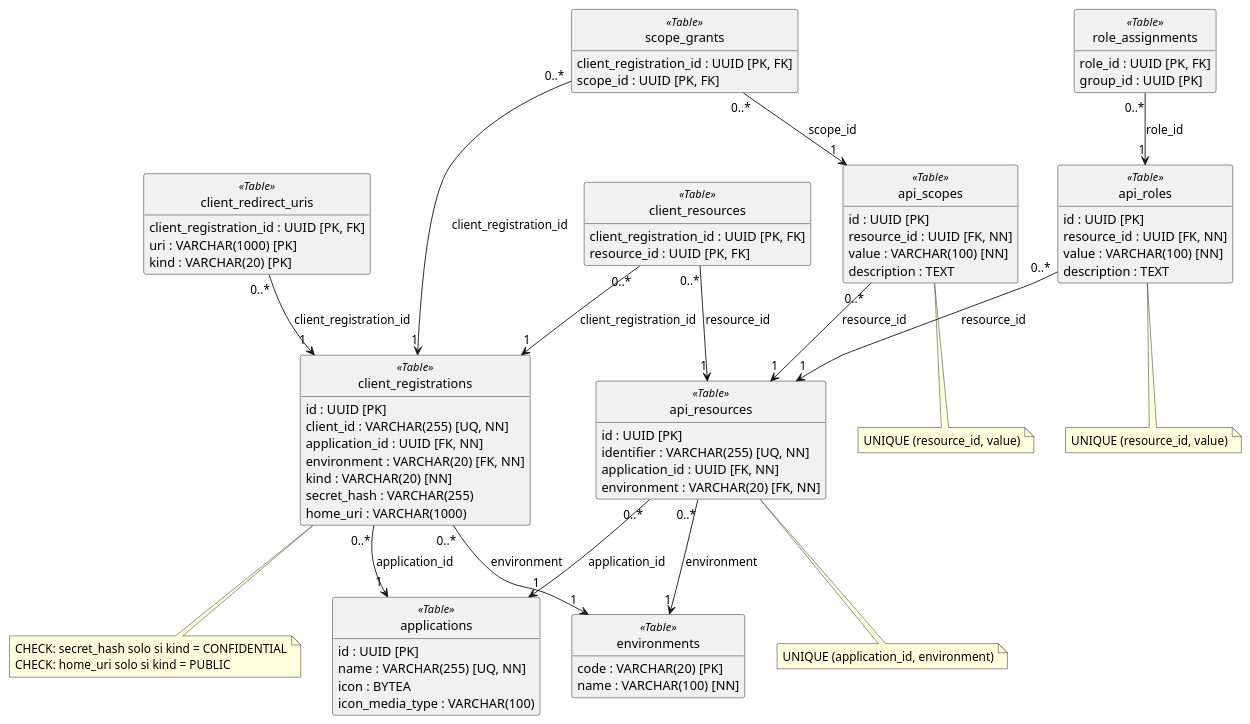
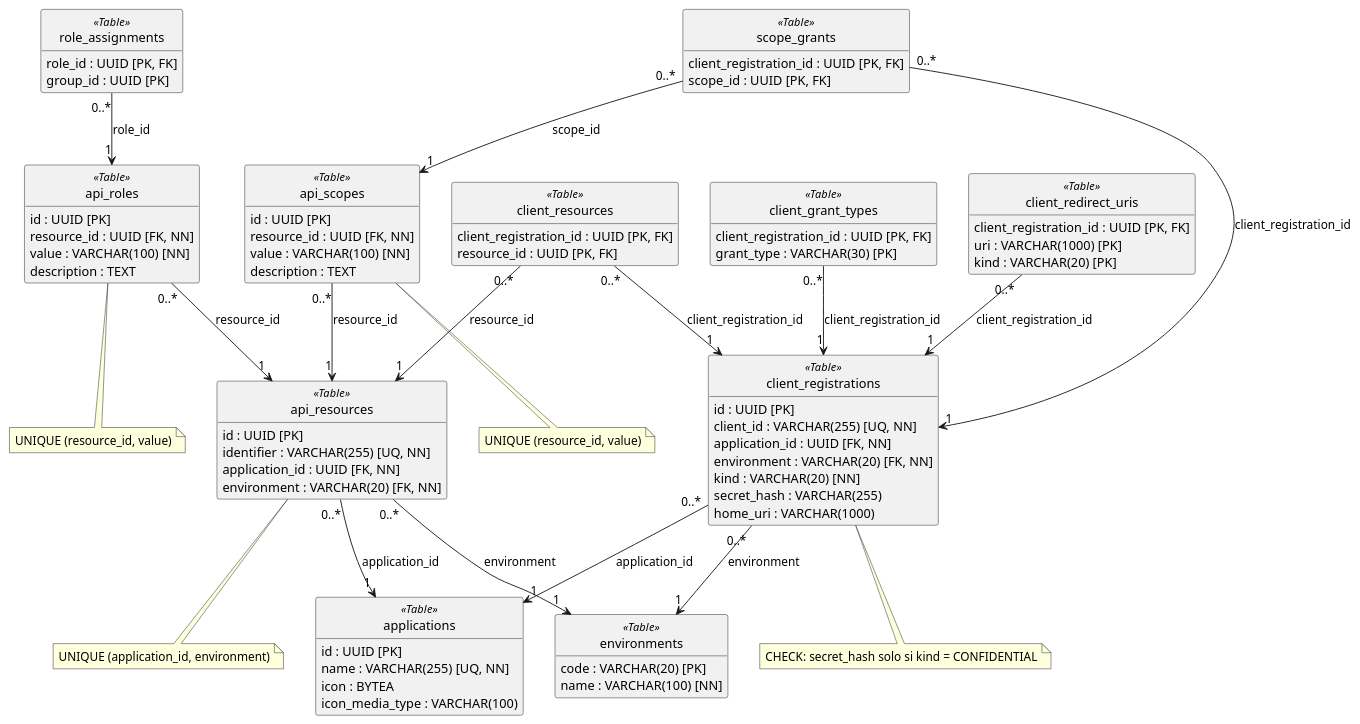
One commit to Soulware-Emergentes/report changed the diagram in diagrams/identityprovider/database.puml. Above: the diagram before and after it, drawn with PlantUML. The commit also changed 2 other files, not shown here.

Commit message:
docs(diagrams): add client grant types and home uri to the identity provider model

```diff
--- a/diagrams/identityprovider/database.puml
+++ b/diagrams/identityprovider/database.puml
@@ -1,99 +1,104 @@
 @startuml identityprovider-database
 skinparam classAttributeIconSize 0
 hide circle
 hide empty methods
 
 class applications <<Table>> {
     {field} id : UUID [PK]
     {field} name : VARCHAR(255) [UQ, NN]
     {field} icon : BYTEA
     {field} icon_media_type : VARCHAR(100)
 }
 
 class environments <<Table>> {
     {field} code : VARCHAR(20) [PK]
     {field} name : VARCHAR(100) [NN]
 }
 
 class api_resources <<Table>> {
     {field} id : UUID [PK]
     {field} identifier : VARCHAR(255) [UQ, NN]
     {field} application_id : UUID [FK, NN]
     {field} environment : VARCHAR(20) [FK, NN]
 }
 
 class api_roles <<Table>> {
     {field} id : UUID [PK]
     {field} resource_id : UUID [FK, NN]
     {field} value : VARCHAR(100) [NN]
     {field} description : TEXT
 }
 
 class api_scopes <<Table>> {
     {field} id : UUID [PK]
     {field} resource_id : UUID [FK, NN]
     {field} value : VARCHAR(100) [NN]
     {field} description : TEXT
 }
 
 class client_registrations <<Table>> {
     {field} id : UUID [PK]
     {field} client_id : VARCHAR(255) [UQ, NN]
     {field} application_id : UUID [FK, NN]
     {field} environment : VARCHAR(20) [FK, NN]
     {field} kind : VARCHAR(20) [NN]
     {field} secret_hash : VARCHAR(255)
     {field} home_uri : VARCHAR(1000)
 }
 
+class client_grant_types <<Table>> {
+    {field} client_registration_id : UUID [PK, FK]
+    {field} grant_type : VARCHAR(30) [PK]
+}
+
 class client_redirect_uris <<Table>> {
     {field} client_registration_id : UUID [PK, FK]
     {field} uri : VARCHAR(1000) [PK]
     {field} kind : VARCHAR(20) [PK]
 }
 
 class client_resources <<Table>> {
     {field} client_registration_id : UUID [PK, FK]
     {field} resource_id : UUID [PK, FK]
 }
 
 class role_assignments <<Table>> {
     {field} role_id : UUID [PK, FK]
     {field} group_id : UUID [PK]
 }
 
 class scope_grants <<Table>> {
     {field} client_registration_id : UUID [PK, FK]
     {field} scope_id : UUID [PK, FK]
 }
 
 note bottom of api_resources
     UNIQUE (application_id, environment)
 end note
 
 note bottom of client_registrations
     CHECK: secret_hash solo si kind = CONFIDENTIAL
-    CHECK: home_uri solo si kind = PUBLIC
 end note
 
 note bottom of api_roles
     UNIQUE (resource_id, value)
 end note
 
 note bottom of api_scopes
     UNIQUE (resource_id, value)
 end note
 
 api_resources "0..*" --> "1" applications : application_id
 api_resources "0..*" --> "1" environments : environment
 client_registrations "0..*" --> "1" applications : application_id
 client_registrations "0..*" --> "1" environments : environment
 api_roles "0..*" --> "1" api_resources : resource_id
 api_scopes "0..*" --> "1" api_resources : resource_id
+client_grant_types "0..*" --> "1" client_registrations : client_registration_id
 client_redirect_uris "0..*" --> "1" client_registrations : client_registration_id
 client_resources "0..*" --> "1" client_registrations : client_registration_id
 client_resources "0..*" --> "1" api_resources : resource_id
 role_assignments "0..*" --> "1" api_roles : role_id
 scope_grants "0..*" --> "1" client_registrations : client_registration_id
 scope_grants "0..*" --> "1" api_scopes : scope_id
 @enduml
```
